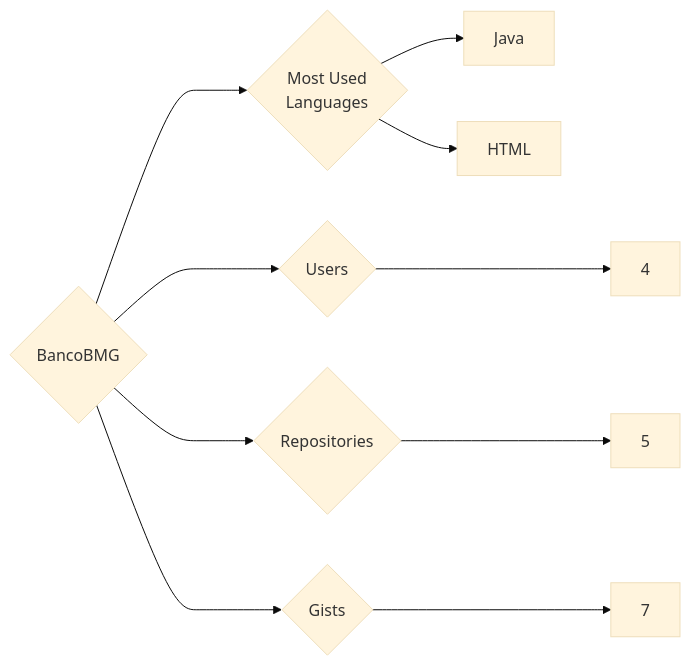
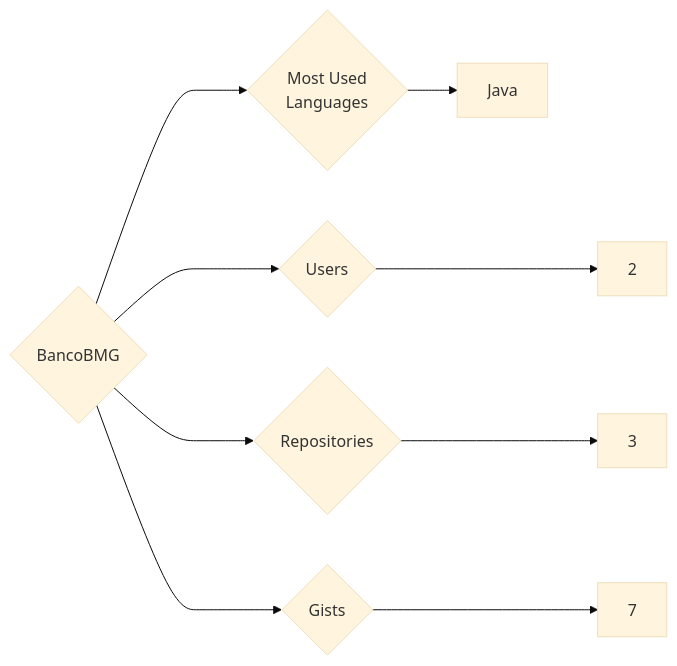
One commit to trickest/insiders changed the diagram in targets/BancoBMG/README.md. Above: the diagram before and after it, drawn with Mermaid (base theme). The commit also changed 1089 other files, not shown here.

````diff
--- a/targets/BancoBMG/README.md
+++ b/targets/BancoBMG/README.md
@@ -3,10 +3,9 @@
 ```mermaid
 graph LR
 COMPANY_NAME{BancoBMG}
-COMPANY_NAME ---> U{Users} ---> UN[4]
-COMPANY_NAME ---> R{Repositories} ---> RN[5]
+COMPANY_NAME ---> U{Users} ---> UN[2]
+COMPANY_NAME ---> R{Repositories} ---> RN[3]
 COMPANY_NAME ---> G{Gists} ---> GN[7]
 COMPANY_NAME ---> ML{Most Used<br>Languages}
 ML --> Java[Java]
-ML --> HTML[HTML]
 ```
````
